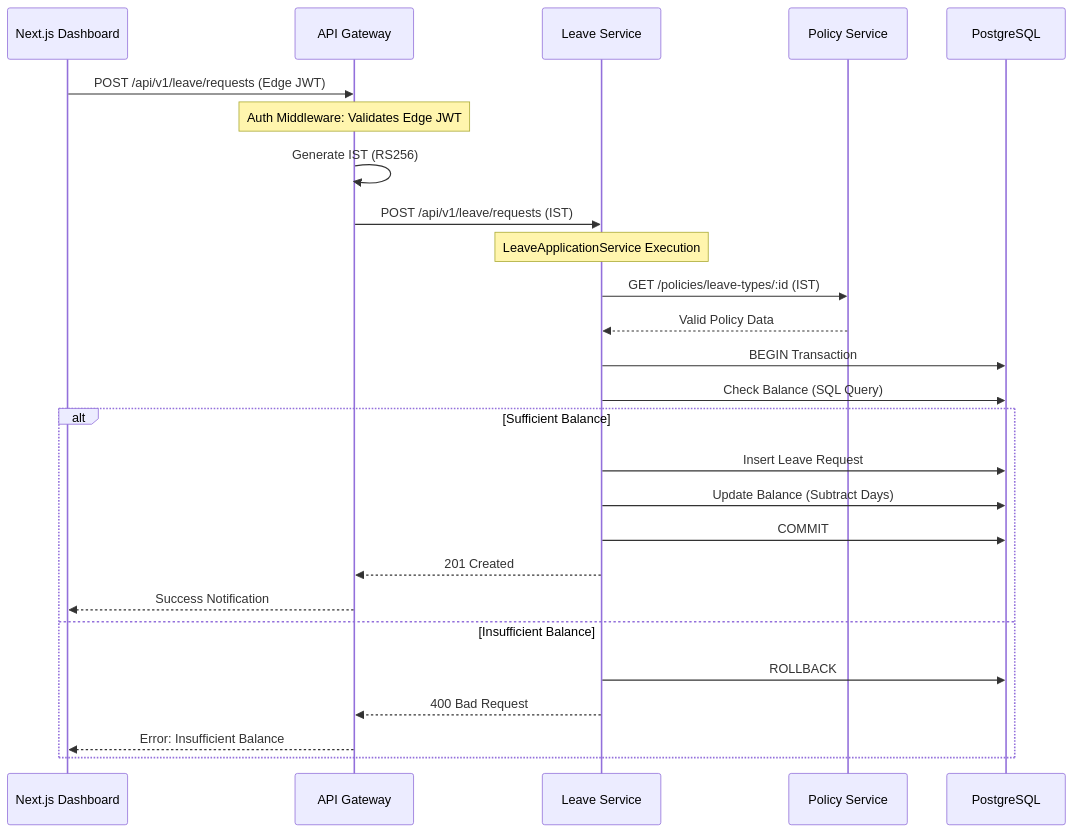
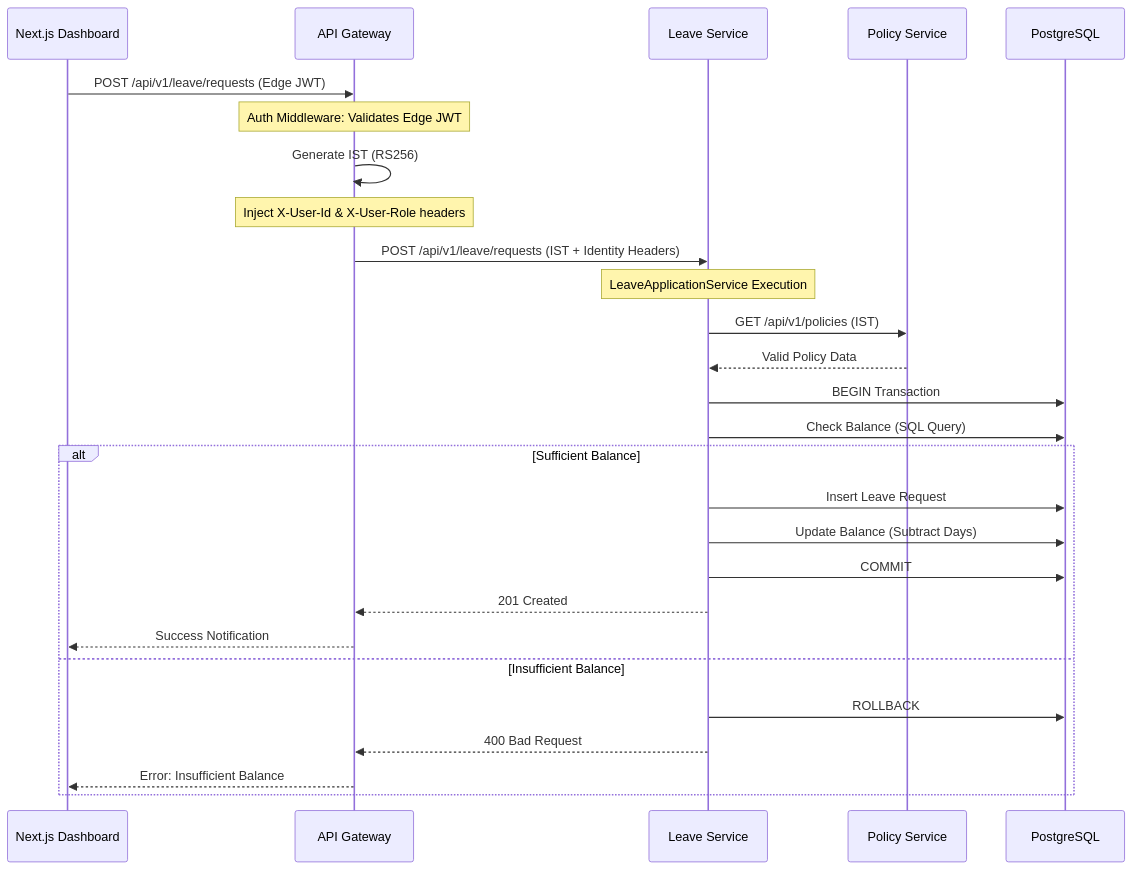
Before and after one commit to democryst/leave-management: the diagram in Documentation/Technical-Design.md, drawn with Mermaid. The commit also changed other lines of this file and 40 other files, not shown here.

````diff
--- a/Documentation/Technical-Design.md
+++ b/Documentation/Technical-Design.md
@@ -6,31 +6,32 @@
 ```mermaid
 sequenceDiagram
     participant UI as Next.js Dashboard
     participant GW as API Gateway
     participant LV as Leave Service
     participant PL as Policy Service
     participant DB as PostgreSQL
 
     UI->>GW: POST /api/v1/leave/requests (Edge JWT)
     Note over GW: Auth Middleware: Validates Edge JWT
     GW->>GW: Generate IST (RS256)
-    GW->>LV: POST /api/v1/leave/requests (IST)
+    Note over GW: Inject X-User-Id & X-User-Role headers
+    GW->>LV: POST /api/v1/leave/requests (IST + Identity Headers)
     
     Note over LV: LeaveApplicationService Execution
-    LV->>PL: GET /policies/leave-types/:id (IST)
+    LV->>PL: GET /api/v1/policies (IST)
     PL-->>LV: Valid Policy Data
     
     LV->>DB: BEGIN Transaction
     LV->>DB: Check Balance (SQL Query)
     alt Sufficient Balance
         LV->>DB: Insert Leave Request
         LV->>DB: Update Balance (Subtract Days)
         LV->>DB: COMMIT
         LV-->>GW: 201 Created
         GW-->>UI: Success Notification
     else Insufficient Balance
         LV->>DB: ROLLBACK
         LV-->>GW: 400 Bad Request
         GW-->>UI: Error: Insufficient Balance
     end
 ```
````
